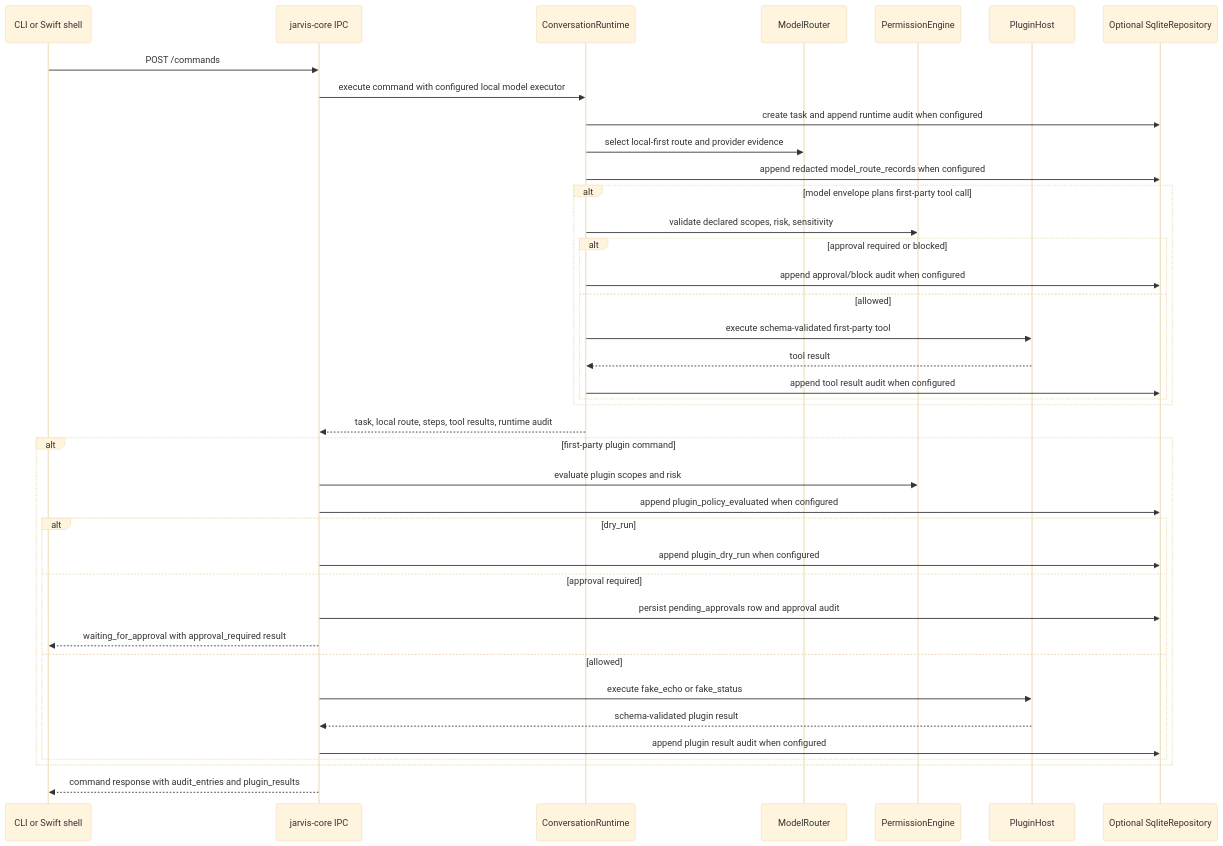
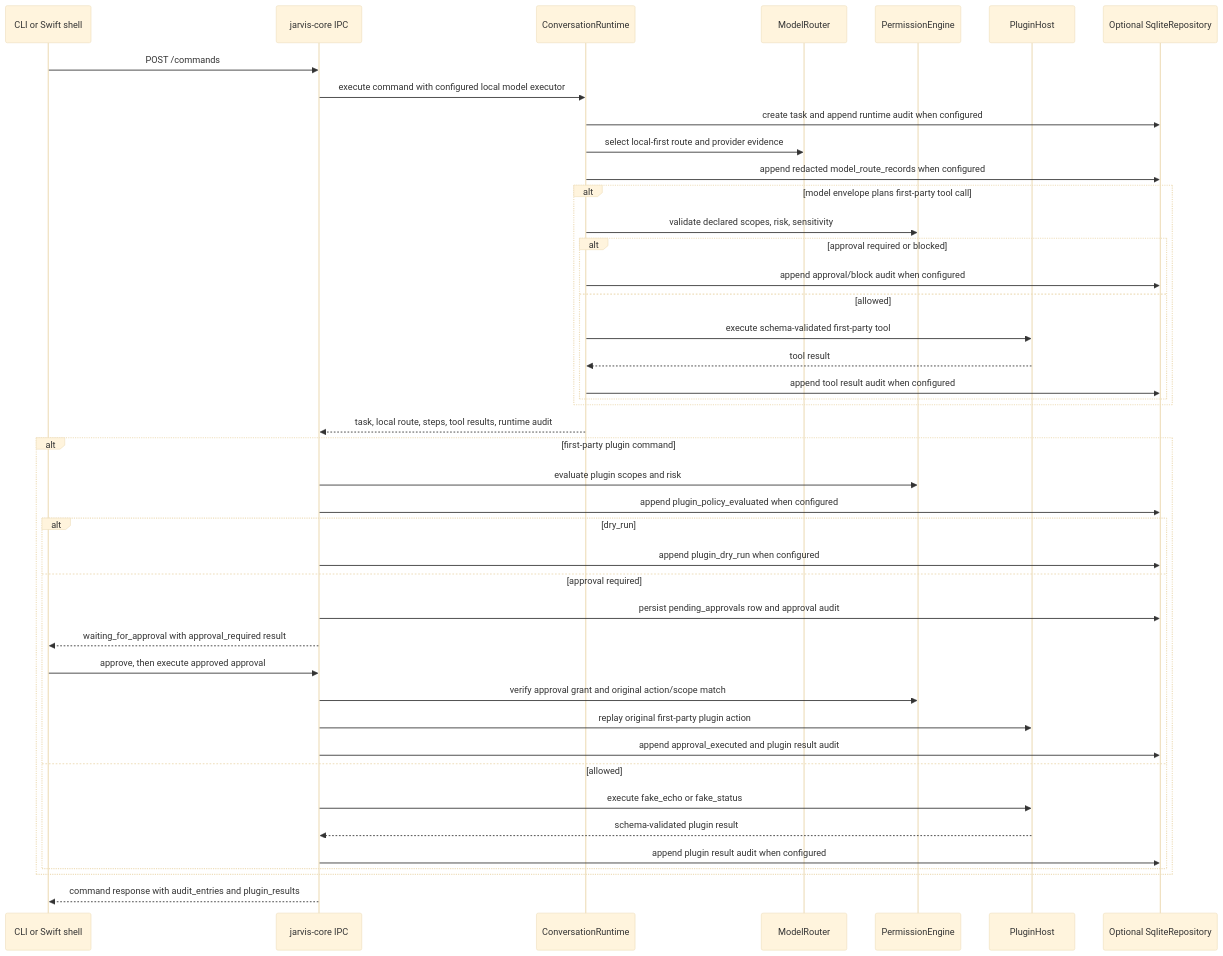
One commit to malak333/Assemblywright changed the second of 4 diagrams in docs/architecture-map.md. Above: the diagram before and after it, drawn with Mermaid (base theme). The commit also changed other lines of this file and 11 other files, not shown here.

Commit message:
Execute approved first-party actions

````diff
--- a/docs/architecture-map.md
+++ b/docs/architecture-map.md
@@ -271,42 +277,46 @@
 ```mermaid
 sequenceDiagram
     participant Client as CLI or Swift shell
     participant IPC as jarvis-core IPC
     participant Runtime as ConversationRuntime
     participant Router as ModelRouter
     participant Policy as PermissionEngine
     participant Plugins as PluginHost
     participant Store as Optional SqliteRepository
 
     Client->>IPC: POST /commands
     IPC->>Runtime: execute command with configured local model executor
     Runtime->>Store: create task and append runtime audit when configured
     Runtime->>Router: select local-first route and provider evidence
     Runtime->>Store: append redacted model_route_records when configured
     alt model envelope plans first-party tool call
         Runtime->>Policy: validate declared scopes, risk, sensitivity
         alt approval required or blocked
             Runtime->>Store: append approval/block audit when configured
         else allowed
             Runtime->>Plugins: execute schema-validated first-party tool
             Plugins-->>Runtime: tool result
             Runtime->>Store: append tool result audit when configured
         end
     end
     Runtime-->>IPC: task, local route, steps, tool results, runtime audit
     alt first-party plugin command
         IPC->>Policy: evaluate plugin scopes and risk
         IPC->>Store: append plugin_policy_evaluated when configured
         alt dry_run
             IPC->>Store: append plugin_dry_run when configured
         else approval required
             IPC->>Store: persist pending_approvals row and approval audit
             IPC-->>Client: waiting_for_approval with approval_required result
+            Client->>IPC: approve, then execute approved approval
+            IPC->>Policy: verify approval grant and original action/scope match
+            IPC->>Plugins: replay original first-party plugin action
+            IPC->>Store: append approval_executed and plugin result audit
         else allowed
             IPC->>Plugins: execute fake_echo or fake_status
             Plugins-->>IPC: schema-validated plugin result
             IPC->>Store: append plugin result audit when configured
         end
     end
     IPC-->>Client: command response with audit_entries and plugin_results
 ```
````
